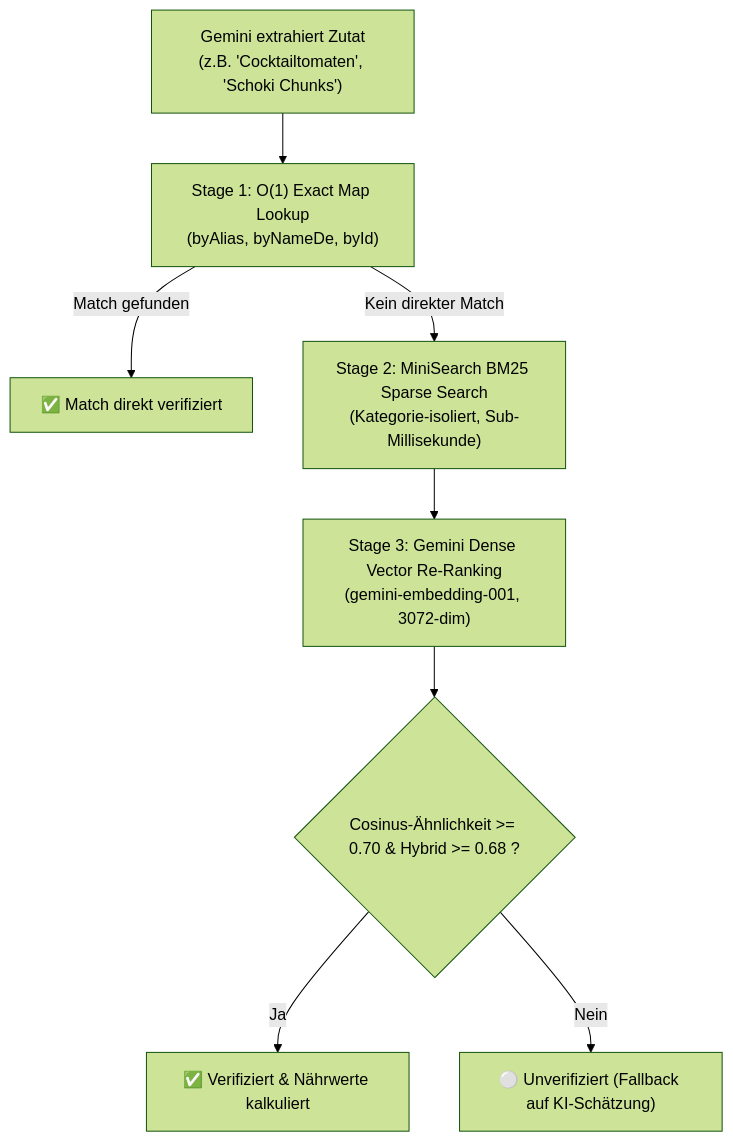
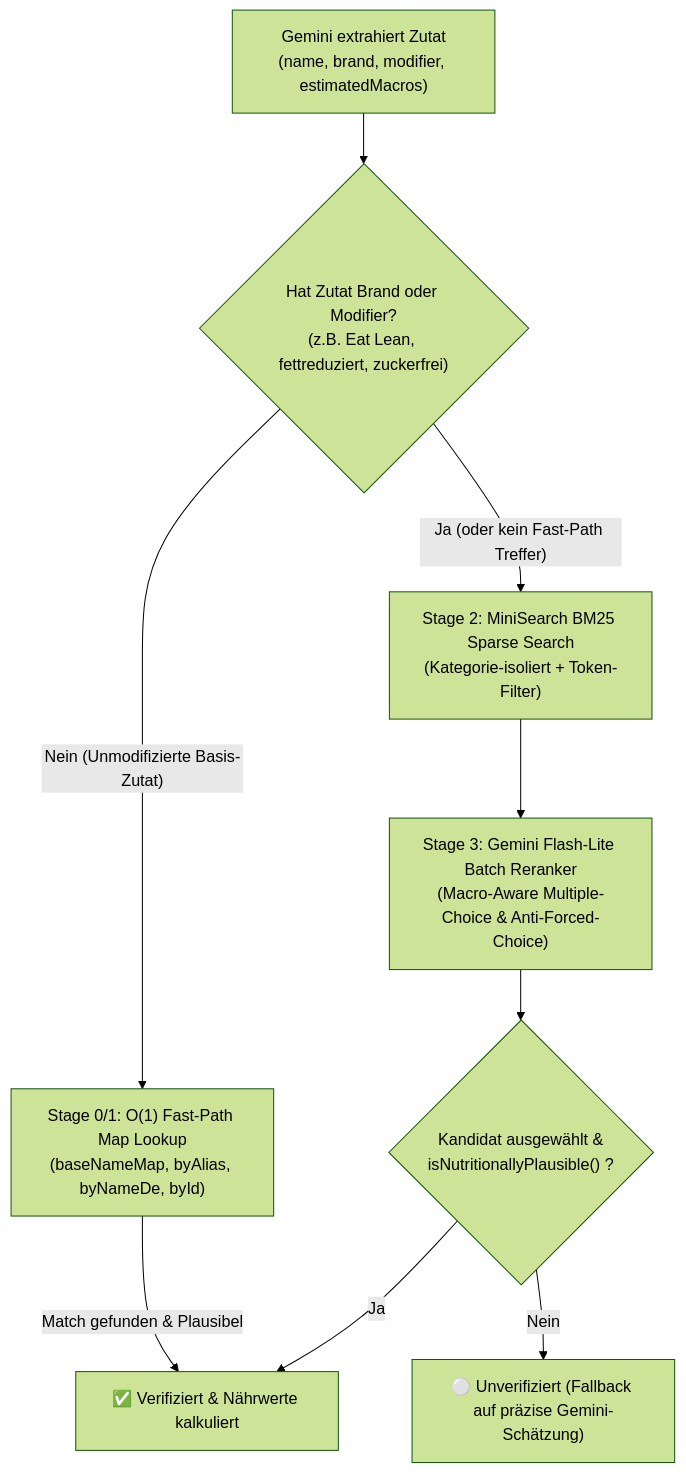
The diagram in docs/architecture/backend-and-database.md (luca-sonntag/cookbook), drawn with Mermaid (forest theme) before and after one commit. The commit also changed other lines of this file and 3 other files, not shown here.

````diff
--- a/docs/architecture/backend-and-database.md
+++ b/docs/architecture/backend-and-database.md
@@ -91,10 +91,11 @@
 ```mermaid
 flowchart TD
-    A["Gemini extrahiert Zutat<br/>(z.B. 'Cocktailtomaten', 'Schoki Chunks')"] --> B["Stage 1: O(1) Exact Map Lookup<br/>(byAlias, byNameDe, byId)"]
-    B -- Match gefunden --> E["✅ Match direkt verifiziert"]
-    B -- Kein direkter Match --> C["Stage 2: MiniSearch BM25 Sparse Search<br/>(Kategorie-isoliert, Sub-Millisekunde)"]
-    C --> D["Stage 3: Gemini Dense Vector Re-Ranking<br/>(gemini-embedding-001, 3072-dim)"]
-    D --> F{"Cosinus-Ähnlichkeit >= 0.70 & Hybrid >= 0.68 ?"}
-    F -- Ja --> G["✅ Verifiziert & Nährwerte kalkuliert"]
-    F -- Nein --> H["⚪ Unverifiziert (Fallback auf KI-Schätzung)"]
+    A["Gemini extrahiert Zutat<br/>(name, brand, modifier, estimatedMacros)"] --> B{"Hat Zutat Brand oder Modifier?<br/>(z.B. Eat Lean, fettreduziert, zuckerfrei)"}
+    B -- Nein (Unmodifizierte Basis-Zutat) --> C["Stage 0/1: O(1) Fast-Path Map Lookup<br/>(baseNameMap, byAlias, byNameDe, byId)"]
+    C -- Match gefunden & Plausibel --> G["✅ Verifiziert & Nährwerte kalkuliert"]
+    B -- Ja (oder kein Fast-Path Treffer) --> D["Stage 2: MiniSearch BM25 Sparse Search<br/>(Kategorie-isoliert + Token-Filter)"]
+    D --> E["Stage 3: Gemini Flash-Lite Batch Reranker<br/>(Macro-Aware Multiple-Choice & Anti-Forced-Choice)"]
+    E --> F{"Kandidat ausgewählt &<br/>isNutritionallyPlausible() ?"}
+    F -- Ja --> G
+    F -- Nein --> H["⚪ Unverifiziert (Fallback auf präzise Gemini-Schätzung)"]
 ```
````
